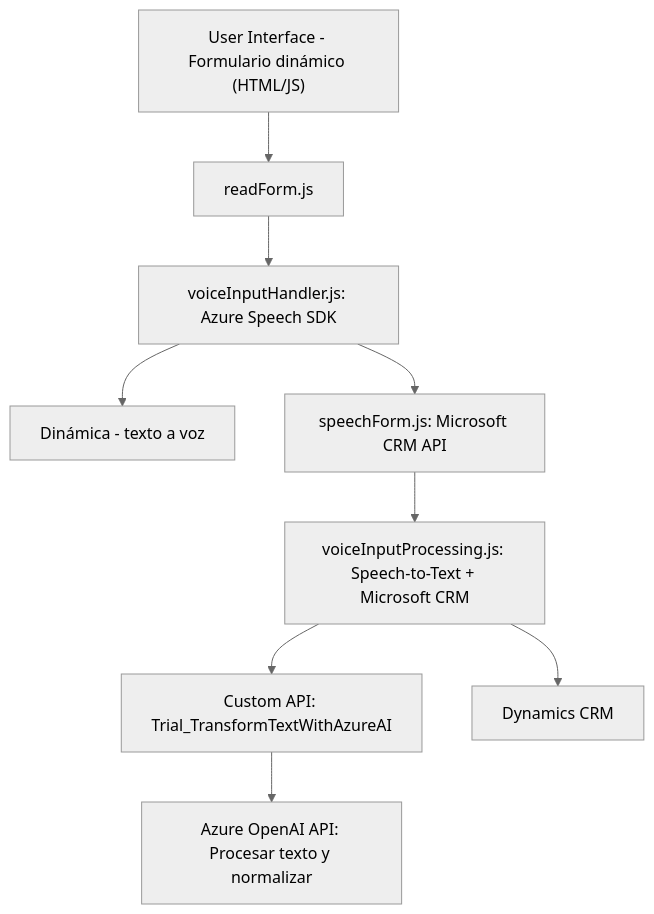
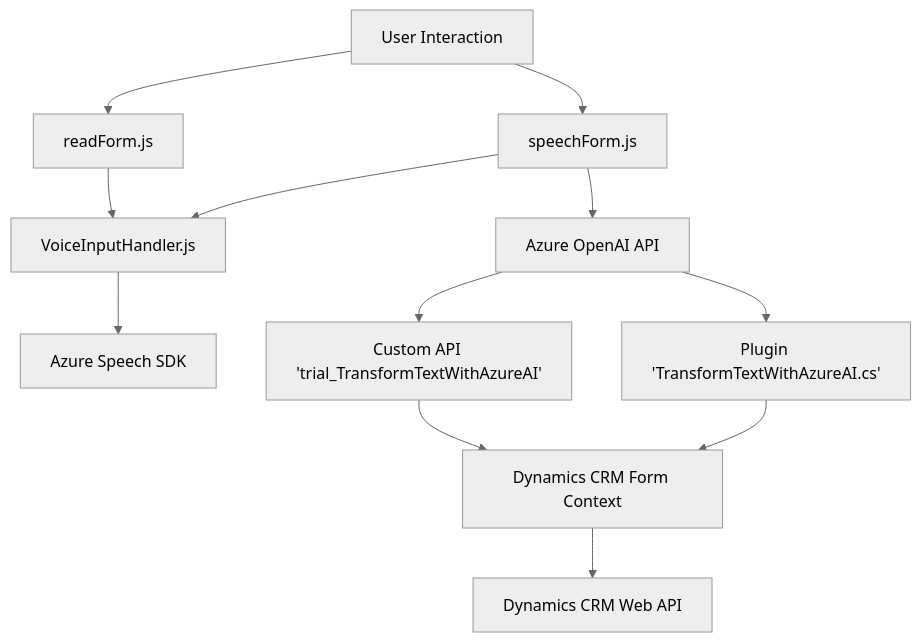
The diagram in README.md (blopezdm/NETCORE_BILBAO2025), drawn with Mermaid (neutral theme) before and after one commit. The commit also changed other lines of this file, not shown here.

````diff
--- a/README.md
+++ b/README.md
@@ -51,11 +55,14 @@
 ```mermaid
 graph TD
-    A["User Interface - Formulario dinámico (HTML/JS)"] --> B["readForm.js"]
-    B --> C["voiceInputHandler.js: Azure Speech SDK"]
-    C --> D["Dinámica - texto a voz"]
-    C --> E["speechForm.js: Microsoft CRM API"]
-    E --> F["voiceInputProcessing.js: Speech-to-Text + Microsoft CRM"]
-    F --> G["Custom API: Trial_TransformTextWithAzureAI"]
-    G --> H["Azure OpenAI API: Procesar texto y normalizar"]
-    F --> I["Dynamics CRM"]
+  A["User Interaction"] --> B["readForm.js"]
+  A --> C["speechForm.js"]
+  B --> D["VoiceInputHandler.js"]
+  C --> D
+  D --> E["Azure Speech SDK"]
+  C --> F["Azure OpenAI API"]
+  F --> G["Custom API 'trial_TransformTextWithAzureAI'"]
+  F --> H["Plugin 'TransformTextWithAzureAI.cs'"]
+  G --> I["Dynamics CRM Form Context"]
+  H --> I
+  I --> J["Dynamics CRM Web API"]
 ```
````
